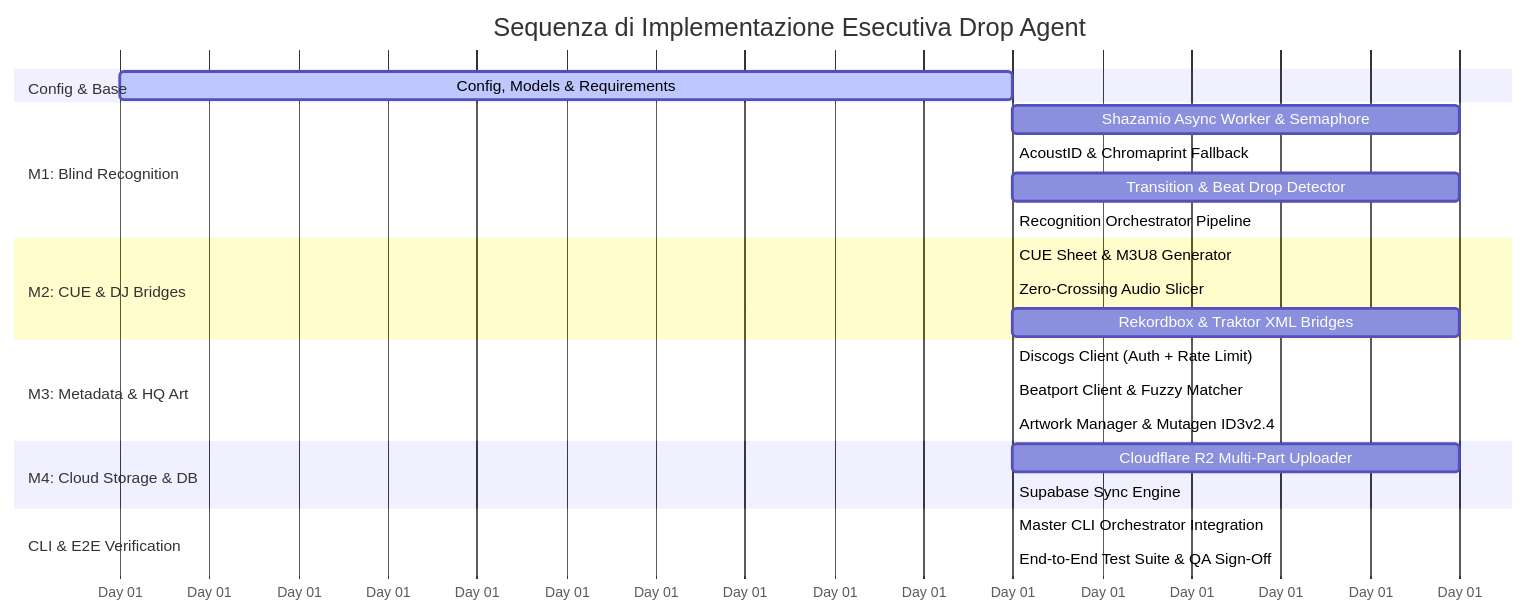
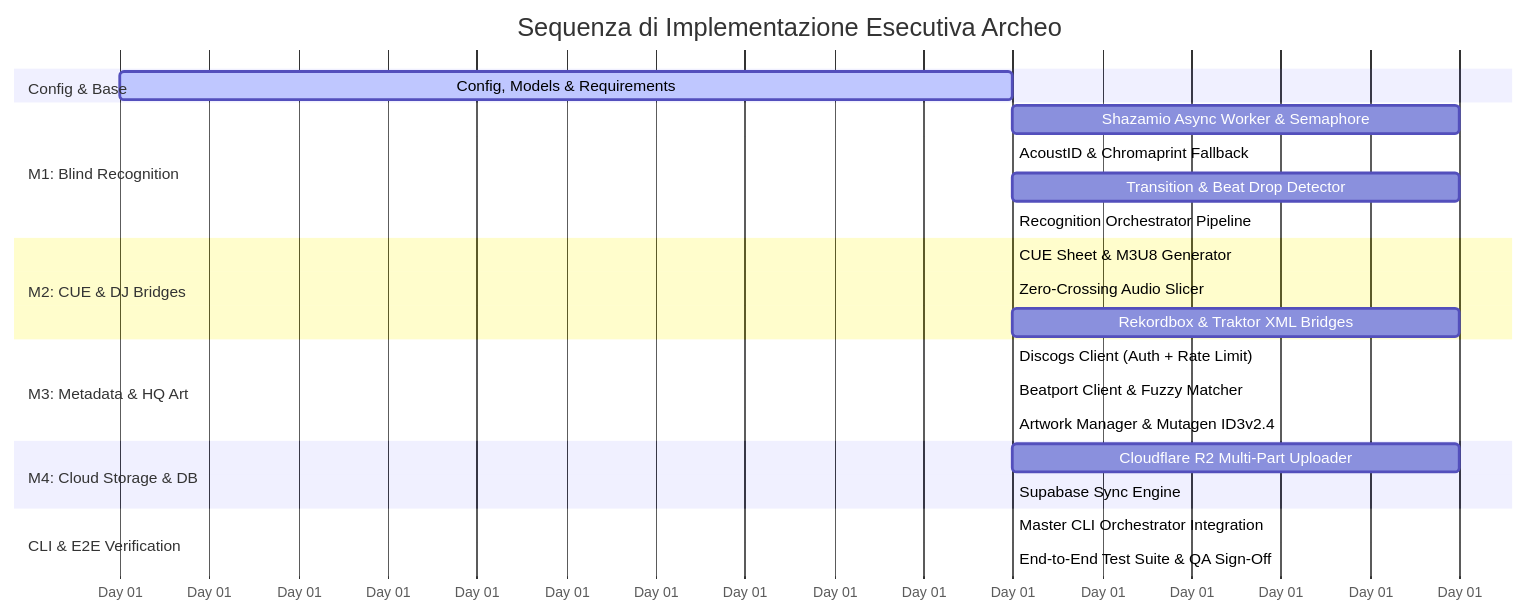
One commit to gianco-cesarei/archeo changed the fourth of 4 diagrams in IMPLEMENTATION_PLAN.md. Above: the diagram before and after it, drawn with Mermaid. The commit also changed other lines of this file and 29 other files, not shown here.

First line of the commit message:
refactor: rename Drop Agent to Archeo

````diff
--- a/IMPLEMENTATION_PLAN.md
+++ b/IMPLEMENTATION_PLAN.md
@@ -527,27 +527,27 @@
 ```mermaid
 gantt
-    title Sequenza di Implementazione Esecutiva Drop Agent
+    title Sequenza di Implementazione Esecutiva Archeo
     dateFormat  X
     axisFormat  Day %d
     section Config & Base
     Config, Models & Requirements       :active, t1, 0, 2
     section M1: Blind Recognition
     Shazamio Async Worker & Semaphore   :t2, after t1, 3
     AcoustID & Chromaprint Fallback     :t3, after t2, 2
     Transition & Beat Drop Detector     :t4, after t3, 3
     Recognition Orchestrator Pipeline   :t5, after t4, 2
     section M2: CUE & DJ Bridges
     CUE Sheet & M3U8 Generator          :t6, after t5, 2
     Zero-Crossing Audio Slicer          :t7, after t6, 2
     Rekordbox & Traktor XML Bridges     :t8, after t7, 3
     section M3: Metadata & HQ Art
     Discogs Client (Auth + Rate Limit)  :t9, after t8, 2
     Beatport Client & Fuzzy Matcher     :t10, after t9, 2
     Artwork Manager & Mutagen ID3v2.4   :t11, after t10, 2
     section M4: Cloud Storage & DB
     Cloudflare R2 Multi-Part Uploader   :t12, after t11, 3
     Supabase Sync Engine                :t13, after t12, 2
     section CLI & E2E Verification
     Master CLI Orchestrator Integration :t14, after t13, 2
     End-to-End Test Suite & QA Sign-Off :t15, after t14, 2
 ```
````
